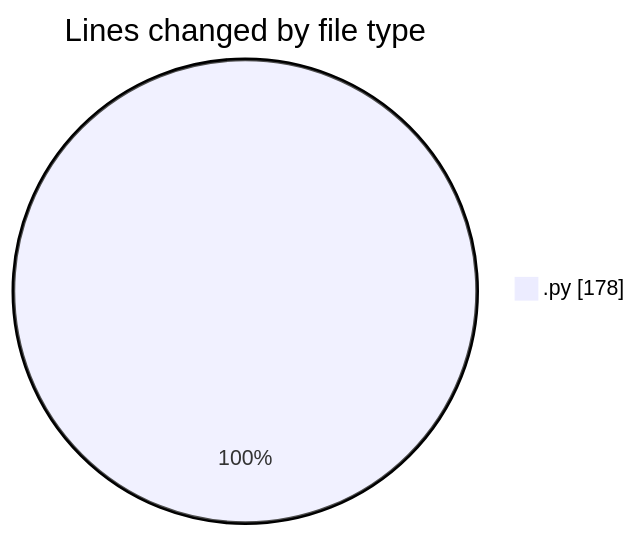
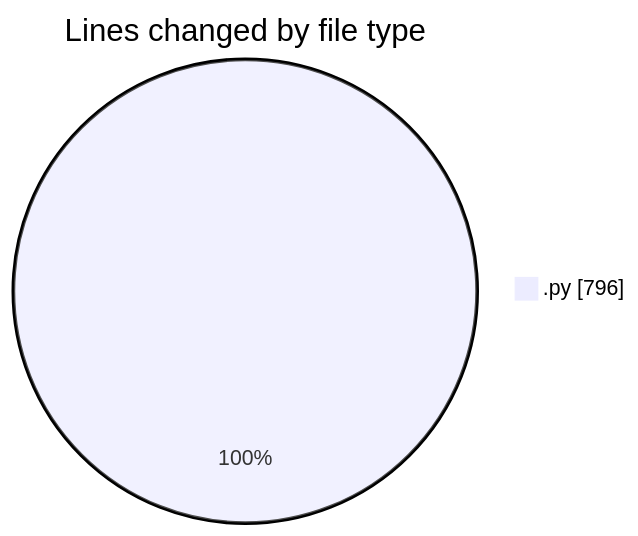
Before and after one commit to julien-gomy/code-tracking: the first of 2 diagrams in 2025-11-24/eventscop-api-guide__workspace_/README.md, drawn with Mermaid. The commit also changed other lines of this file and 1 other file, not shown here.

````diff
--- a/2025-11-24/eventscop-api-guide__workspace_/README.md
+++ b/2025-11-24/eventscop-api-guide__workspace_/README.md
@@ -22,5 +23,5 @@
 ```mermaid
 pie showData
 title Lines changed by file type
-".py" : 178
+".py" : 796
 ```
````
